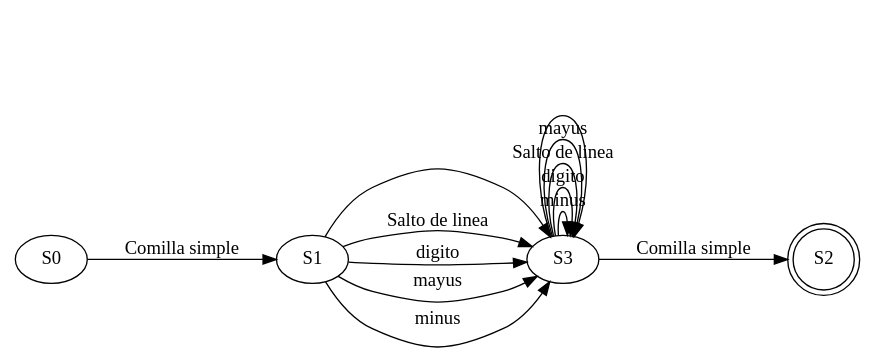
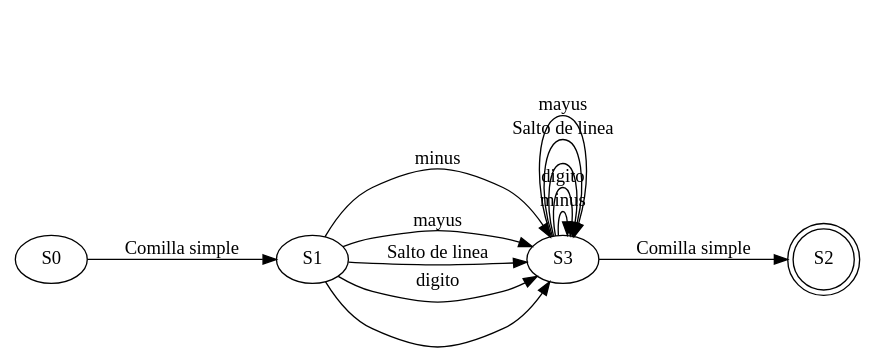
The diagram in Regexive/archivos/AFD_201901557/EXP5.dot (JeffMendez/OCL_Proyecto1_201901557), drawn with Graphviz before and after one commit. The commit also changed 114 other files, not shown here.

```diff
--- a/Regexive/archivos/AFD_201901557/EXP5.dot
+++ b/Regexive/archivos/AFD_201901557/EXP5.dot
@@ -1,4 +1,4 @@
 digraph G {
 	rankdir=LR
-	S0 -> S1 [label="Comilla simple"]	S1 -> S3 [label=" "]	S1 -> S3 [label="Salto de linea"]	S1 -> S3 [label="digito"]	S1 -> S3 [label="mayus"]	S1 -> S3 [label="minus"]	S2 [shape="doublecircle"]	S3 -> S3 [label="minus"]	S3 -> S3 [label="digito"]	S3 -> S3 [label="Salto de linea"]	S3 -> S3 [label="mayus"]	S3 -> S3 [label=" "]	S3 -> S2 [label="Comilla simple"]
+	S0 -> S1 [label="Comilla simple"]	S1 -> S3 [label="minus"]	S1 -> S3 [label="mayus"]	S1 -> S3 [label="Salto de linea"]	S1 -> S3 [label="digito"]	S1 -> S3 [label=" "]	S2 [shape="doublecircle"]	S3 -> S2 [label="Comilla simple"]	S3 -> S3 [label="minus"]	S3 -> S3 [label="digito"]	S3 -> S3 [label=" "]	S3 -> S3 [label="Salto de linea"]	S3 -> S3 [label="mayus"]
 }
```
